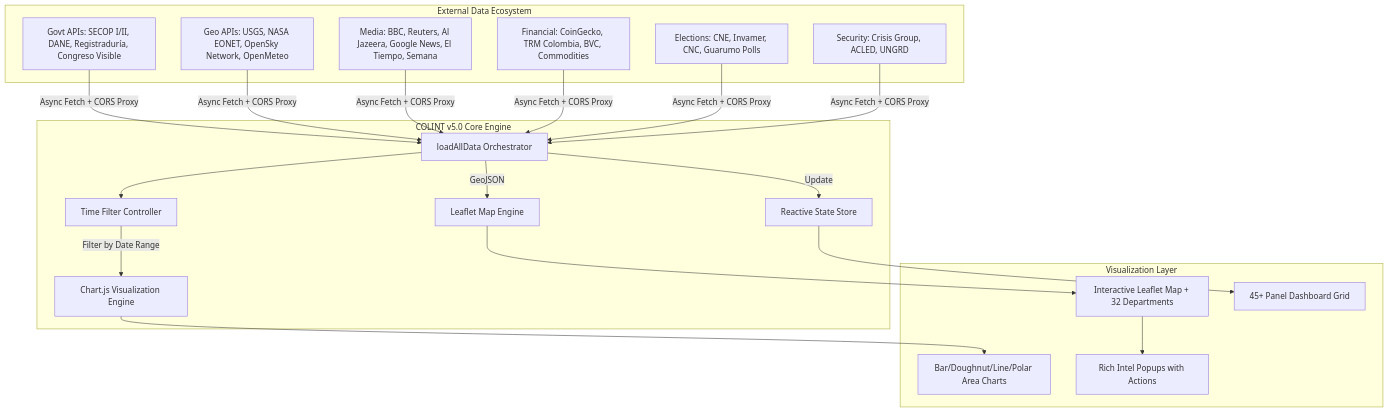
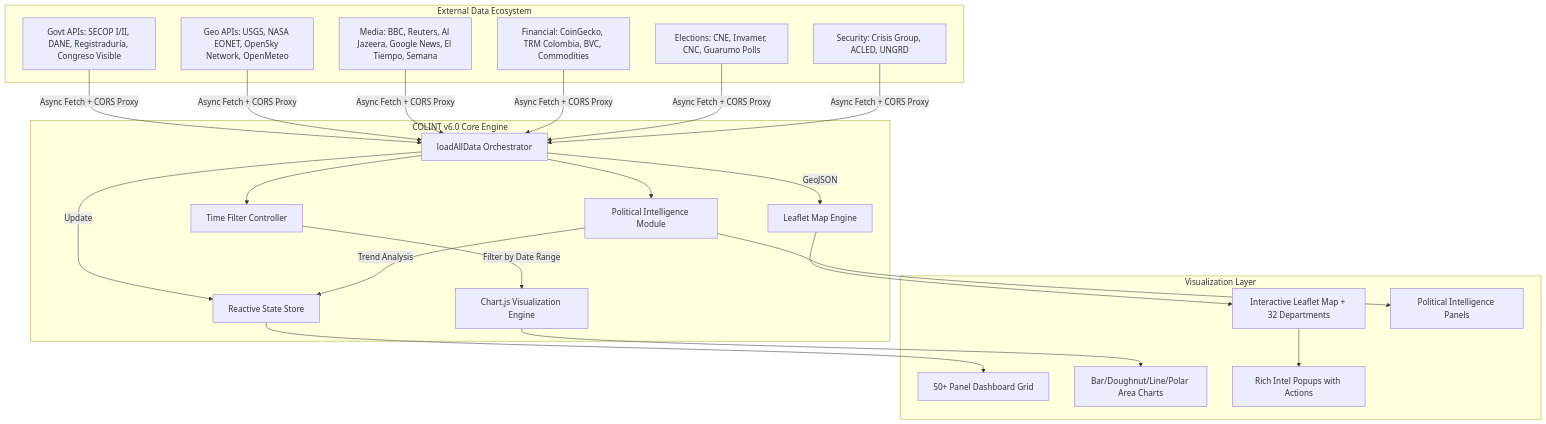
Before and after one commit to DOMINUSBABEL/colombia-live-monitor: the first of 15 diagrams in README.md, drawn with Mermaid. The commit also changed other lines of this file, not shown here.

Commit message:
docs: Expand README 400%+ with Political Intel docs, algorithms, Mermaid diagrams, and v6.0 features

````diff
--- a/README.md
+++ b/README.md
@@ -48,37 +80,42 @@
 ```mermaid
 graph TD
     subgraph "External Data Ecosystem"
         S1[Govt APIs: SECOP I/II, DANE, Registraduría, Congreso Visible]
         S2[Geo APIs: USGS, NASA EONET, OpenSky Network, OpenMeteo]
         S3[Media: BBC, Reuters, Al Jazeera, Google News, El Tiempo, Semana]
         S4[Financial: CoinGecko, TRM Colombia, BVC, Commodities]
         S5[Elections: CNE, Invamer, CNC, Guarumo Polls]
         S6[Security: Crisis Group, ACLED, UNGRD]
     end
 
-    subgraph "COLINT v5.0 Core Engine"
+    subgraph "COLINT v6.0 Core Engine"
         Orchestrator[loadAllData Orchestrator]
         TimeFilter[Time Filter Controller]
         ChartEngine[Chart.js Visualization Engine]
         MapEngine[Leaflet Map Engine]
+        PoliticalIntel[Political Intelligence Module]
         State[Reactive State Store]
         
         S1 & S2 & S3 & S4 & S5 & S6 -->|Async Fetch + CORS Proxy| Orchestrator
         Orchestrator --> TimeFilter
+        Orchestrator --> PoliticalIntel
         TimeFilter -->|Filter by Date Range| ChartEngine
         Orchestrator -->|GeoJSON| MapEngine
         Orchestrator -->|Update| State
+        PoliticalIntel -->|Trend Analysis| State
     end
 
     subgraph "Visualization Layer"
         Map[Interactive Leaflet Map + 32 Departments]
-        Grid[45+ Panel Dashboard Grid]
+        Grid[50+ Panel Dashboard Grid]
         Charts[Bar/Doughnut/Line/Polar Area Charts]
         Popups[Rich Intel Popups with Actions]
+        PolPanels[Political Intelligence Panels]
     end
     
     ChartEngine --> Charts
     MapEngine --> Map
     State --> Grid
     Map --> Popups
+    PoliticalIntel --> PolPanels
 ```
````
